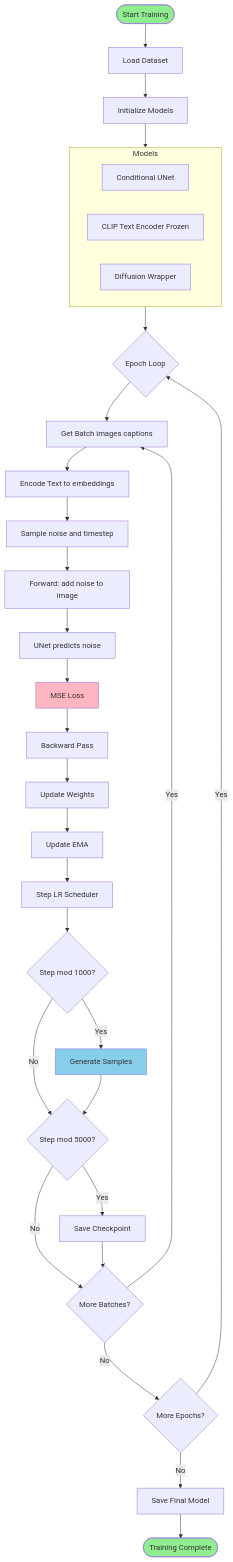
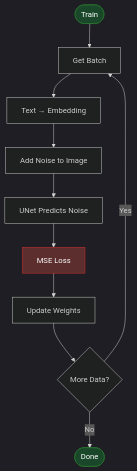
Before and after one commit to kushalsai-01/Conditional-Diffusion-Text2Image: the fourth of 4 diagrams in README.md, drawn with Mermaid. The commit also changed other lines of this file and 2 other files, not shown here.

Commit message:
Update: Clean README with dark diagrams, fix training bugs

````diff
--- a/README.md
+++ b/README.md
@@ -416,44 +146,17 @@
 ```mermaid
+%%{init: {'theme':'dark'}}%%
 flowchart TD
-    START([Start Training]) --> LOAD[Load Dataset]
-    LOAD --> INIT[Initialize Models]
+    START([Train]) --> BATCH[Get Batch]
+    BATCH --> ENCODE[Text → Embedding]
+    ENCODE --> NOISE[Add Noise to Image]
+    NOISE --> PREDICT[UNet Predicts Noise]
+    PREDICT --> LOSS[MSE Loss]
+    LOSS --> UPDATE[Update Weights]
+    UPDATE --> CHECK{More Data?}
+    CHECK -->|Yes| BATCH
+    CHECK -->|No| END([Done])
     
-    subgraph Models
-        UNET[Conditional UNet]
-        TEXT_ENC[CLIP Text Encoder Frozen]
-        DIFF[Diffusion Wrapper]
-    end
-    
-    INIT --> Models
-    
-    Models --> LOOP{Epoch Loop}
-    
-    LOOP --> BATCH[Get Batch images captions]
-    BATCH --> ENCODE[Encode Text to embeddings]
-    ENCODE --> NOISE[Sample noise and timestep]
-    NOISE --> FORWARD[Forward: add noise to image]
-    FORWARD --> PREDICT[UNet predicts noise]
-    PREDICT --> LOSS[MSE Loss]
-    LOSS --> BACKWARD[Backward Pass]
-    BACKWARD --> UPDATE[Update Weights]
-    UPDATE --> EMA[Update EMA]
-    EMA --> SCHEDULER[Step LR Scheduler]
-    
-    SCHEDULER --> CHECK{Step mod 1000?}
-    CHECK -->|Yes| SAMPLE[Generate Samples]
-    CHECK -->|No| SAVE_CHECK
-    SAMPLE --> SAVE_CHECK{Step mod 5000?}
-    SAVE_CHECK -->|Yes| SAVE[Save Checkpoint]
-    SAVE_CHECK -->|No| NEXT
-    SAVE --> NEXT{More Batches?}
-    NEXT -->|Yes| BATCH
-    NEXT -->|No| EPOCH{More Epochs?}
-    EPOCH -->|Yes| LOOP
-    EPOCH -->|No| FINAL[Save Final Model]
-    FINAL --> END([Training Complete])
-    
-    style START fill:#90EE90
-    style END fill:#90EE90
-    style LOSS fill:#FFB6C1
-    style SAMPLE fill:#87CEEB
+    style START fill:#1a472a,stroke:#2e7d32,color:#fff
+    style END fill:#1a472a,stroke:#2e7d32,color:#fff
+    style LOSS fill:#5c2e2e,stroke:#d32f2f,color:#fff
 ```
````
